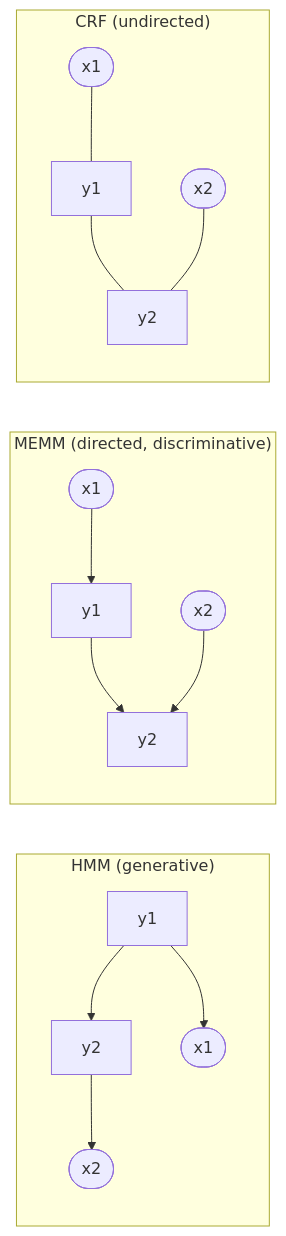
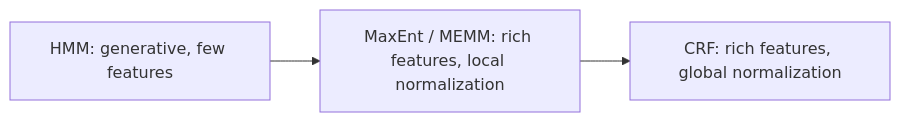
One commit to TrendySloth1001/sem-seven-notes changed the fourth of 4 diagrams in content/natural-language-processing/notes/hmm-maxent-crf.mdx. Above: the diagram before and after it, drawn with Mermaid. The commit also changed other lines of this file and 406 other files, not shown here.

````diff
--- a/content/natural-language-processing/notes/hmm-maxent-crf.mdx
+++ b/content/natural-language-processing/notes/hmm-maxent-crf.mdx
@@ -556,19 +214,6 @@
 ```mermaid
-%% caption: HMM, MEMM and CRF drawn as graphs for two positions. HMM: tags produce words. MEMM: words feed each tag, and each tag is normalised alone. CRF: undirected links, one normaliser for the whole sequence.
+%% caption: From HMM to MaxEnt to CRF. Each step fixes the weakness of the one before it.
 flowchart LR
-  subgraph H["HMM (generative)"]
-    hy1["y1"] --> hy2["y2"]
-    hy1 --> hx1(["x1"])
-    hy2 --> hx2(["x2"])
-  end
-  subgraph M["MEMM (directed, discriminative)"]
-    mx1(["x1"]) --> my1["y1"]
-    my1 --> my2["y2"]
-    mx2(["x2"]) --> my2
-  end
-  subgraph C["CRF (undirected)"]
-    cy1["y1"] --- cy2["y2"]
-    cx1(["x1"]) --- cy1
-    cx2(["x2"]) --- cy2
-  end
+  A["HMM: generative, few features"] --> B["MaxEnt / MEMM: rich features, local normalization"]
+  B --> C["CRF: rich features, global normalization"]
 ```
````
